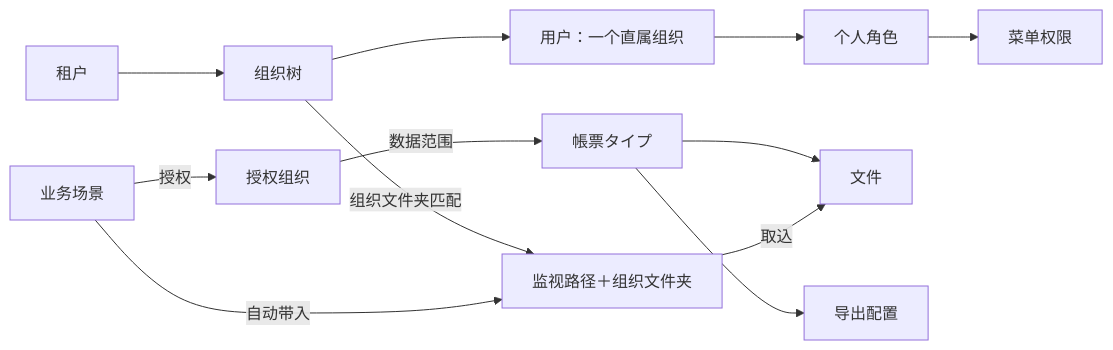
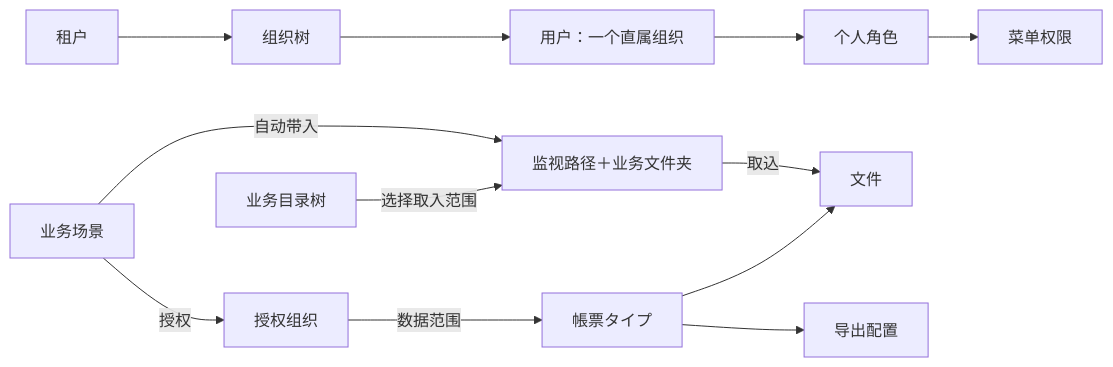
One commit to aruirage/Densan-Demo changed the first of 3 diagrams in demo/PRD.zh-CN.md. Above: the diagram before and after it, drawn with Mermaid. The commit also changed other lines of this file and 7 other files, not shown here.

````diff
--- a/demo/PRD.zh-CN.md
+++ b/demo/PRD.zh-CN.md
@@ -38,14 +38,14 @@
 ```mermaid
 flowchart LR
   T[租户] --> O[组织树]
   O --> U[用户：一个直属组织]
   U --> R[个人角色]
   R --> M[菜单权限]
   S[业务场景] -->|授权| A[授权组织]
   A -->|数据范围| C[帳票タイプ]
   C --> F[文件]
   C --> E[导出配置]
-  O -->|组织文件夹匹配| W[监视路径＋组织文件夹]
+  D[业务目录树] -->|选择取入范围| W[监视路径＋业务文件夹]
   S -->|自动带入| W
   W -->|取込| F
 ```
````
